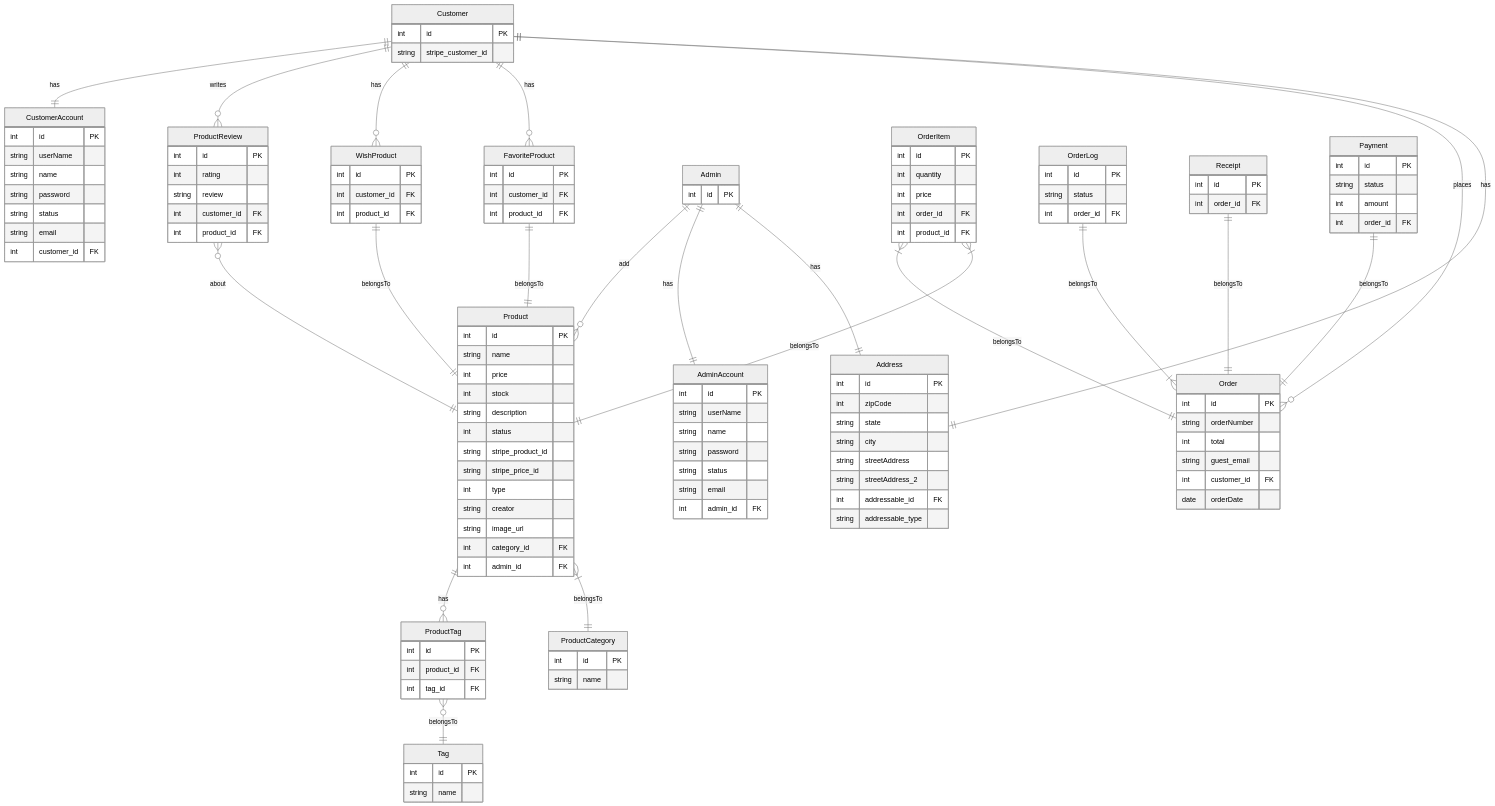
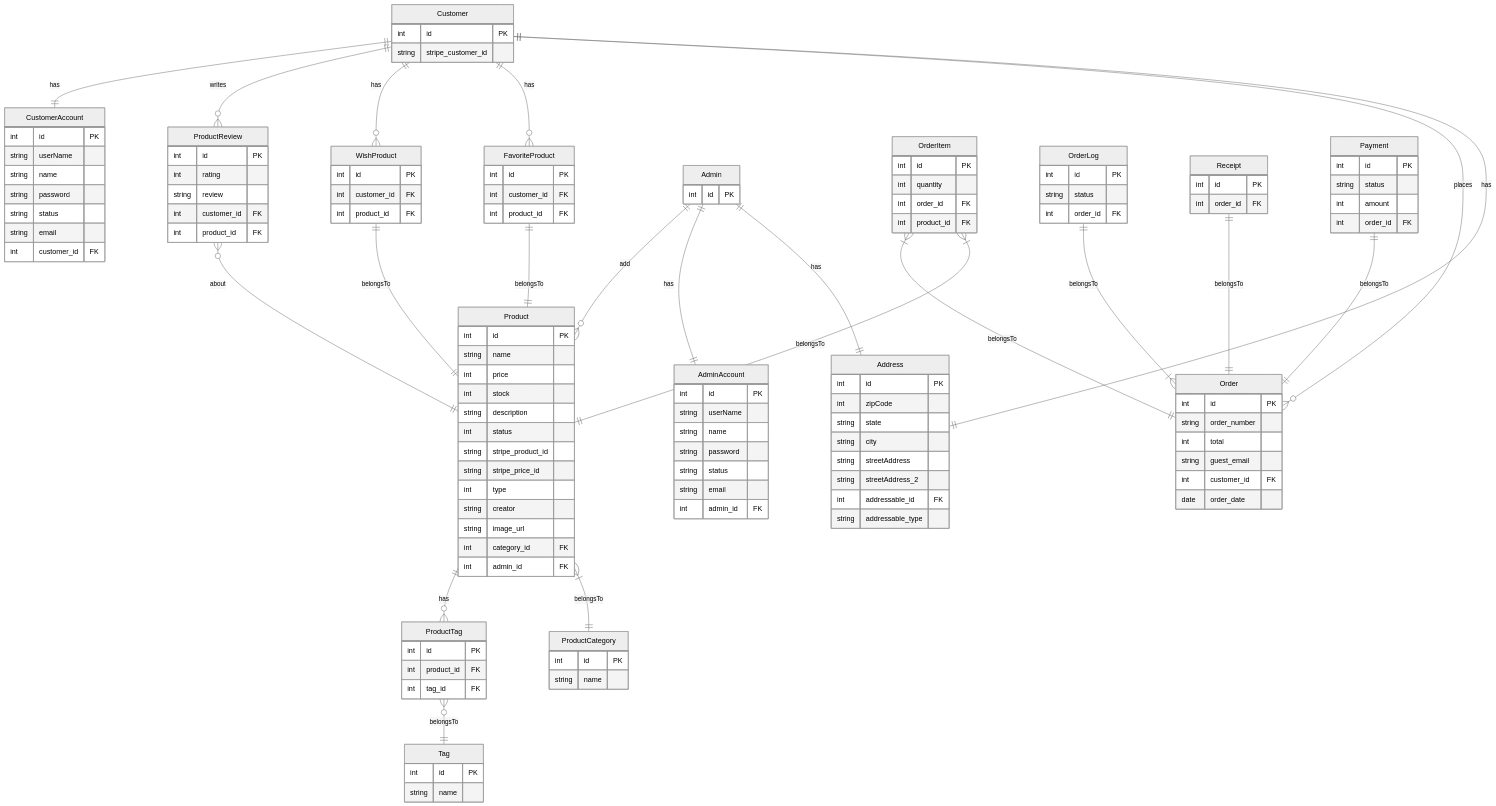
The diagram in er.md (recursion-backend-projects/dev-log), drawn with Mermaid (neutral theme) before and after one commit.

Commit message:
OrderItemからpriceカラムを不要

```diff
--- a/er.md
+++ b/er.md
@@ -78,18 +78,17 @@
     OrderItem{
         int id PK
         int quantity
-        int price
         int order_id FK
         int product_id FK
     }
 
     Order{
         int id PK
-        string orderNumber
+        string order_number
         int total
         string guest_email
         int customer_id FK
-        date orderDate
+        date order_date
     }
 
     ProductCategory{
```
